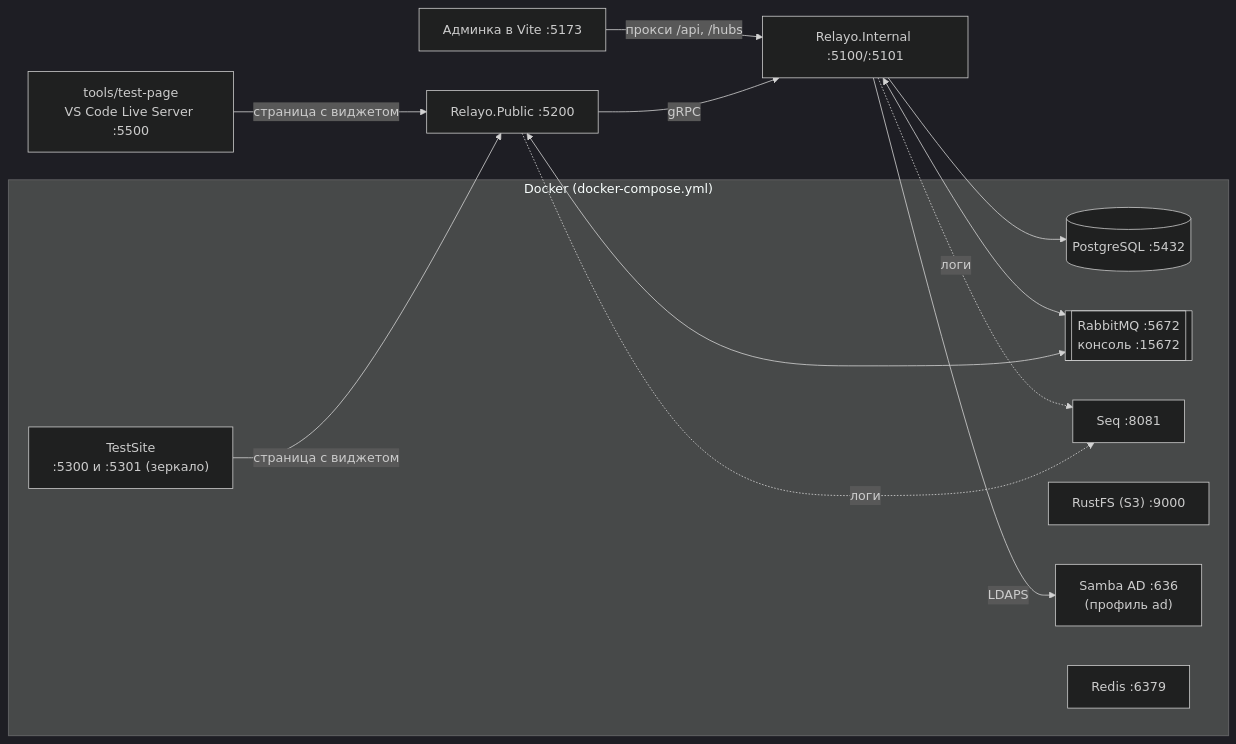
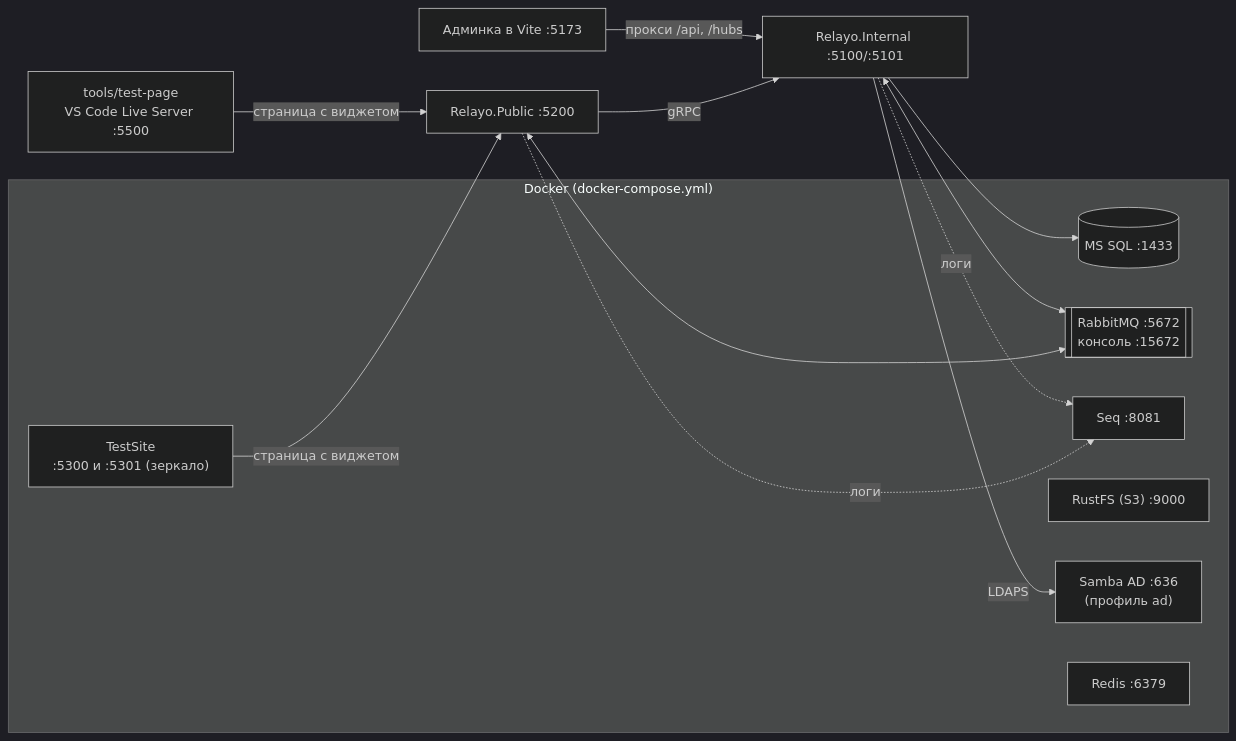
One commit to linardjan/relayo changed the sixth of 6 diagrams in docs/architecture.md. Above: the diagram before and after it, drawn with Mermaid (dark theme). The commit also changed other lines of this file and 112 other files, not shown here.

````diff
--- a/docs/architecture.md
+++ b/docs/architecture.md
@@ -263,27 +296,27 @@
 ```mermaid
 flowchart LR
   subgraph Docker["Docker (docker-compose.yml)"]
     TS["TestSite<br/>:5300 и :5301 (зеркало)"]
-    PG[("PostgreSQL :5432")]
+    PG[("MS SQL :1433")]
     MQ[["RabbitMQ :5672<br/>консоль :15672"]]
     SEQ["Seq :8081"]
     S3["RustFS (S3) :9000"]
     SAMBA["Samba AD :636<br/>(профиль ad)"]
     REDIS["Redis :6379"]
   end
   LS["tools/test-page<br/>VS Code Live Server :5500"]
   VITE["Админка в Vite :5173"]
   INT["Relayo.Internal :5100/:5101"]
   PUB["Relayo.Public :5200"]
 
   TS -- "страница с виджетом" --> PUB
   LS -- "страница с виджетом" --> PUB
   VITE -- "прокси /api, /hubs" --> INT
   PUB -- gRPC --> INT
   INT --> PG
   INT <--> MQ
   PUB <--> MQ
   INT -- LDAPS --> SAMBA
   INT -. логи .-> SEQ
   PUB -. логи .-> SEQ
 ```
````
